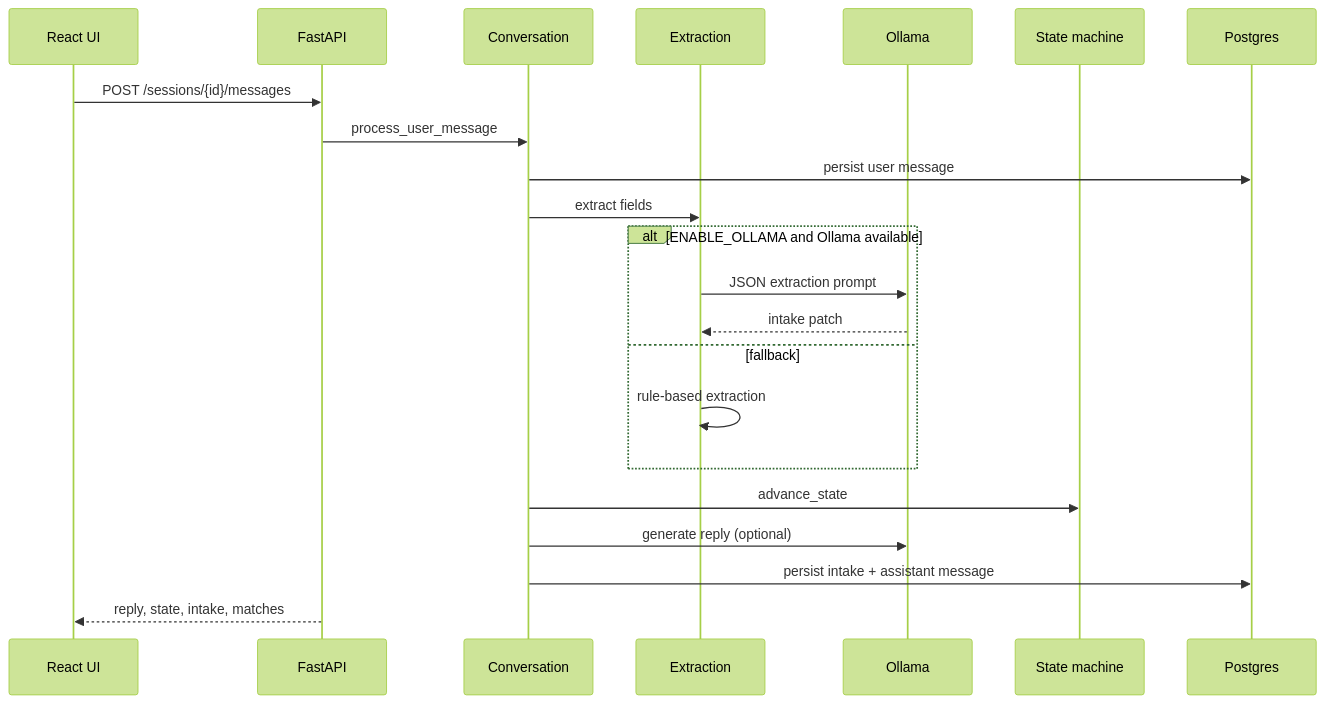
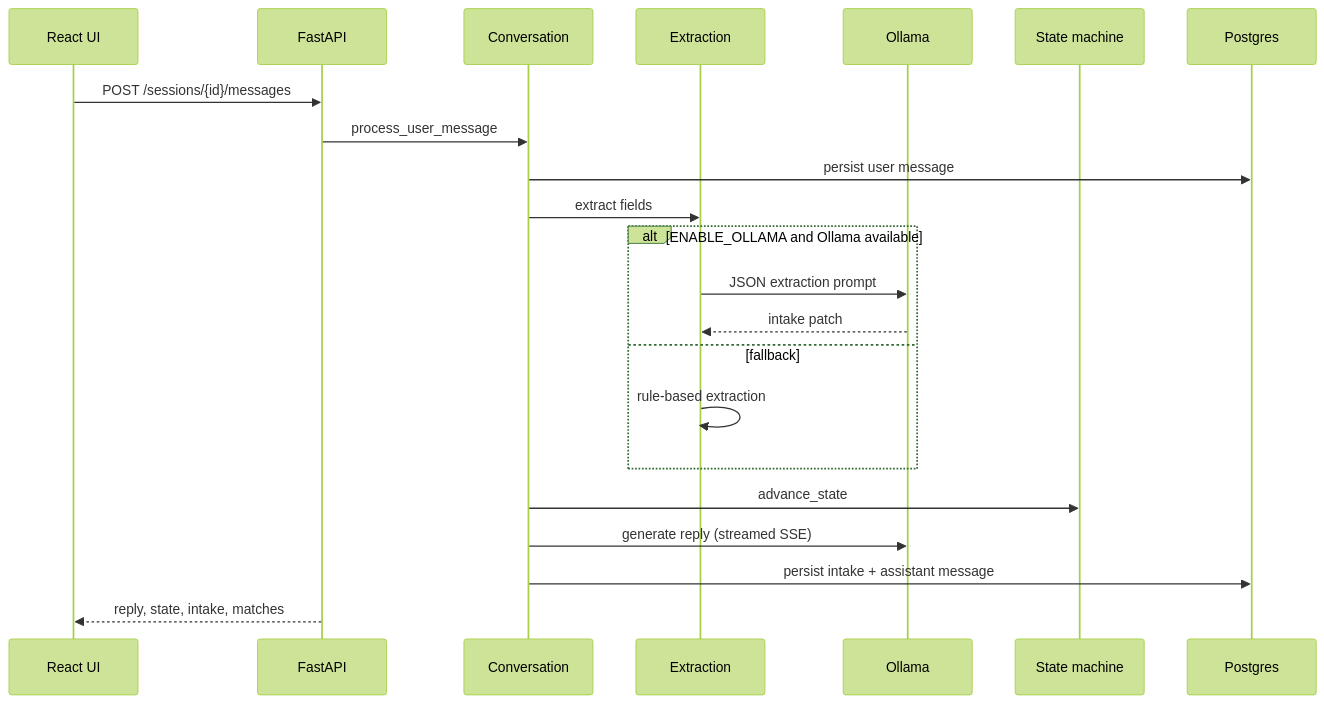
Before and after one commit to DouglasMacKrell/florence: the second of 3 diagrams in docs/architecture.md, drawn with Mermaid (forest theme). The commit also changed other lines of this file and 11 other files, not shown here.

````diff
--- a/docs/architecture.md
+++ b/docs/architecture.md
@@ -74,25 +104,25 @@
 ```mermaid
 sequenceDiagram
     participant UI as React UI
     participant API as FastAPI
     participant Conv as Conversation
     participant Ext as Extraction
     participant Ollama as Ollama
     participant SM as State machine
     participant DB as Postgres
 
     UI->>API: POST /sessions/{id}/messages
     API->>Conv: process_user_message
     Conv->>DB: persist user message
     Conv->>Ext: extract fields
     alt ENABLE_OLLAMA and Ollama available
         Ext->>Ollama: JSON extraction prompt
         Ollama-->>Ext: intake patch
     else fallback
         Ext->>Ext: rule-based extraction
     end
     Conv->>SM: advance_state
-    Conv->>Ollama: generate reply (optional)
+    Conv->>Ollama: generate reply (streamed SSE)
     Conv->>DB: persist intake + assistant message
     API-->>UI: reply, state, intake, matches
 ```
````
